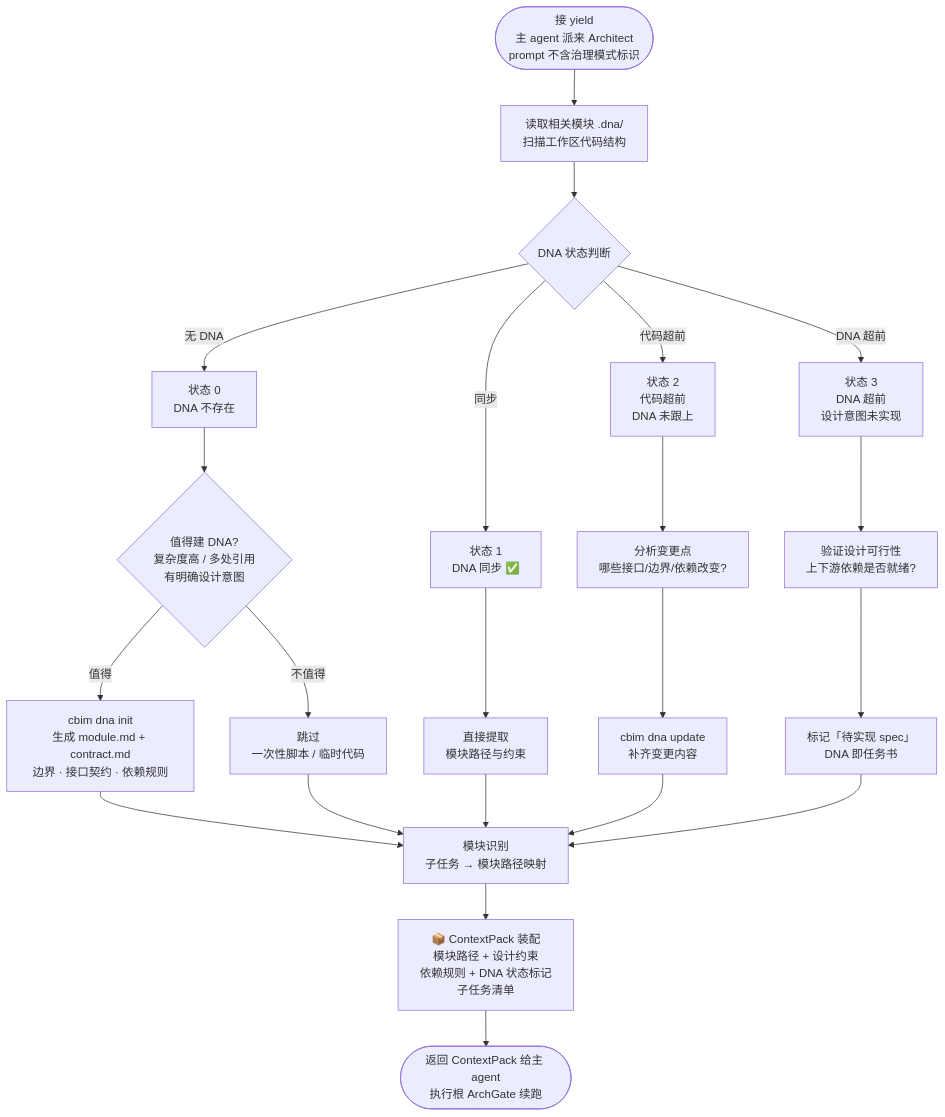
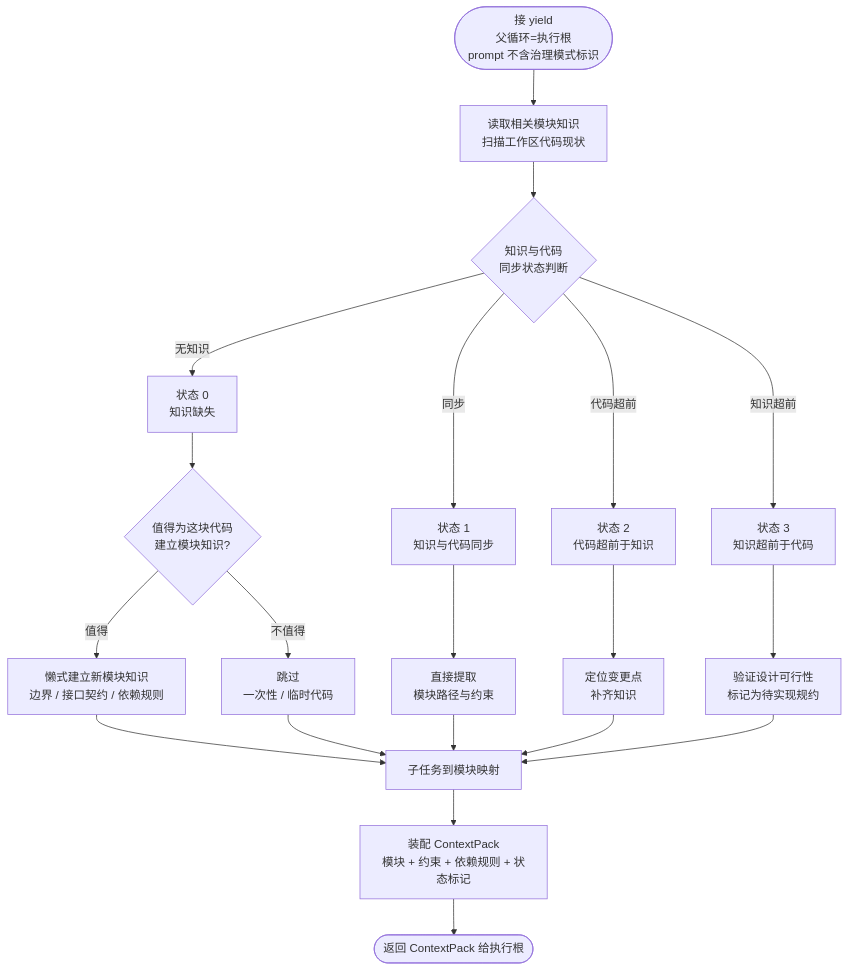
Before and after one commit to nan023062/agent-team-cc: the first of 2 diagrams in design/WORKFLOW-ARCHITECT.zh-CN.md, drawn with Mermaid. The commit also changed other lines of this file and 36 other files, not shown here.

````diff
--- a/design/WORKFLOW-ARCHITECT.zh-CN.md
+++ b/design/WORKFLOW-ARCHITECT.zh-CN.md
@@ -42,56 +22,36 @@
 ```mermaid
 flowchart TD
-    Yield(["接 yield<br/>主 agent 派来 Architect<br/>prompt 不含治理模式标识"])
+    Yield(["接 yield<br/>父循环=执行根<br/>prompt 不含治理模式标识"])
 
-    Scan["读取相关模块 .dna/<br/>扫描工作区代码结构"]
-    StateCheck{"DNA 状态判断"}
+    Scan["读取相关模块知识<br/>扫描工作区代码现状"]
+    StateCheck{"知识与代码<br/>同步状态判断"}
 
-    S0["状态 0<br/>DNA 不存在"]
-    S1["状态 1<br/>DNA 同步 ✅"]
-    S2["状态 2<br/>代码超前<br/>DNA 未跟上"]
-    S3["状态 3<br/>DNA 超前<br/>设计意图未实现"]
+    S0["状态 0<br/>知识缺失"]
+    S1["状态 1<br/>知识与代码同步"]
+    S2["状态 2<br/>代码超前于知识"]
+    S3["状态 3<br/>知识超前于代码"]
 
-    Worth0{"值得建 DNA?<br/>复杂度高 / 多处引用<br/>有明确设计意图"}
-    Init["cbim dna init<br/>生成 module.md + contract.md<br/>边界 · 接口契约 · 依赖规则"]
-    Skip0["跳过<br/>一次性脚本 / 临时代码"]
+    Worth{"值得为这块代码<br/>建立模块知识?"}
+    Create["懒式建立新模块知识<br/>边界 / 接口契约 / 依赖规则"]
+    Skip["跳过<br/>一次性 / 临时代码"]
 
     Extract["直接提取<br/>模块路径与约束"]
 
-    Think2["分析变更点<br/>哪些接口/边界/依赖改变?"]
-    Update["cbim dna update<br/>补齐变更内容"]
+    Diff["定位变更点<br/>补齐知识"]
 
-    Validate3["验证设计可行性<br/>上下游依赖是否就绪?"]
-    MarkSpec["标记「待实现 spec」<br/>DNA 即任务书"]
+    Validate["验证设计可行性<br/>标记为待实现规约"]
 
-    Identify["模块识别<br/>子任务 → 模块路径映射"]
-    Assemble["📦 ContextPack 装配<br/>模块路径 + 设计约束<br/>依赖规则 + DNA 状态标记<br/>子任务清单"]
+    Map["子任务到模块映射"]
+    Assemble["装配 ContextPack<br/>模块 + 约束 + 依赖规则 + 状态标记"]
 
-    Return(["返回 ContextPack 给主 agent<br/>执行根 ArchGate 续跑"])
+    Return(["返回 ContextPack 给执行根"])
 
-    Yield --> Scan
-    Scan --> StateCheck
-    StateCheck -->|"无 DNA"| S0
-    StateCheck -->|"同步"| S1
-    StateCheck -->|"代码超前"| S2
-    StateCheck -->|"DNA 超前"| S3
-
-    S0 --> Worth0
-    Worth0 -->|"值得"| Init
-    Worth0 -->|"不值得"| Skip0
-    Init --> Identify
-    Skip0 --> Identify
-
-    S1 --> Extract
-    Extract --> Identify
-
-    S2 --> Think2
-    Think2 --> Update
-    Update --> Identify
-
-    S3 --> Validate3
-    Validate3 --> MarkSpec
-    MarkSpec --> Identify
-
-    Identify --> Assemble
-    Assemble --> Return
+    Yield --> Scan --> StateCheck
+    StateCheck -->|无知识| S0 --> Worth
+    Worth -->|值得| Create --> Map
+    Worth -->|不值得| Skip --> Map
+    StateCheck -->|同步| S1 --> Extract --> Map
+    StateCheck -->|代码超前| S2 --> Diff --> Map
+    StateCheck -->|知识超前| S3 --> Validate --> Map
+    Map --> Assemble --> Return
 ```
````
